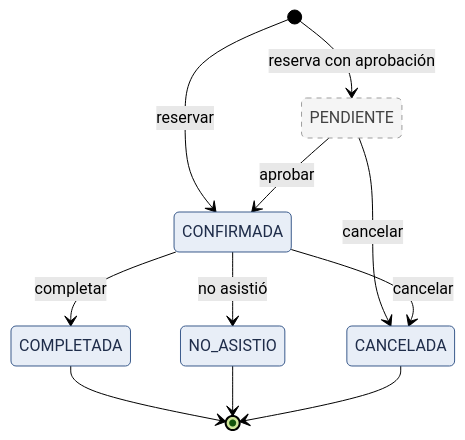
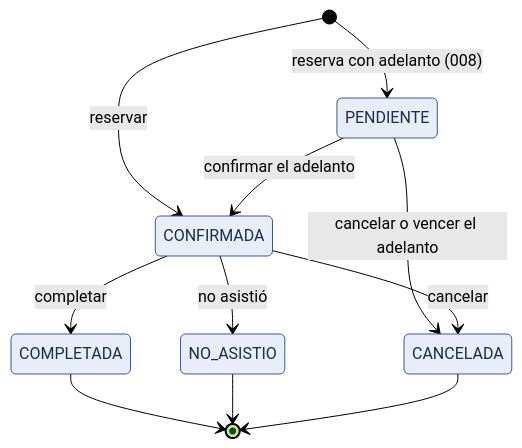
One commit to semcham/proyecto-final-barberia-ayacucho changed the first of 9 diagrams in docs/03-diseño-de-software/diseño-interno/diseño-interno-de-modulos.md. Above: the diagram before and after it, drawn with Mermaid (forest theme). The commit also changed other lines of this file and 23 other files, not shown here.

Commit message:
docs(008): cierre del adelanto de reserva (fase 7)

````diff
--- a/docs/03-diseño-de-software/diseño-interno/diseño-interno-de-modulos.md
+++ b/docs/03-diseño-de-software/diseño-interno/diseño-interno-de-modulos.md
@@ -42,18 +42,17 @@
 ```mermaid
 stateDiagram-v2
     [*] --> CONFIRMADA: reservar
-    [*] --> PENDIENTE: reserva con aprobación
-    PENDIENTE --> CONFIRMADA: aprobar
-    PENDIENTE --> CANCELADA: cancelar
+    [*] --> PENDIENTE: reserva con adelanto (008)
+    PENDIENTE --> CONFIRMADA: confirmar el adelanto
+    PENDIENTE --> CANCELADA: cancelar o vencer el adelanto
     CONFIRMADA --> CANCELADA: cancelar
     CONFIRMADA --> COMPLETADA: completar
     CONFIRMADA --> NO_ASISTIO: no asistió
     COMPLETADA --> [*]
     NO_ASISTIO --> [*]
     CANCELADA --> [*]
 
     classDef implementado fill:#e8eef7,stroke:#3b5b8c,color:#1f2d4a
     classDef planificado fill:#f5f5f5,stroke:#9e9e9e,stroke-dasharray:5 5,color:#424242
-    class CONFIRMADA,CANCELADA,COMPLETADA,NO_ASISTIO implementado
-    class PENDIENTE planificado
+    class PENDIENTE,CONFIRMADA,CANCELADA,COMPLETADA,NO_ASISTIO implementado
 ```
````
